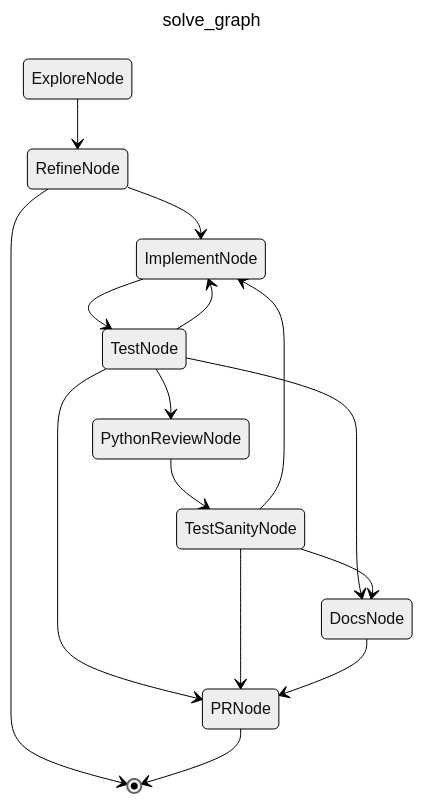
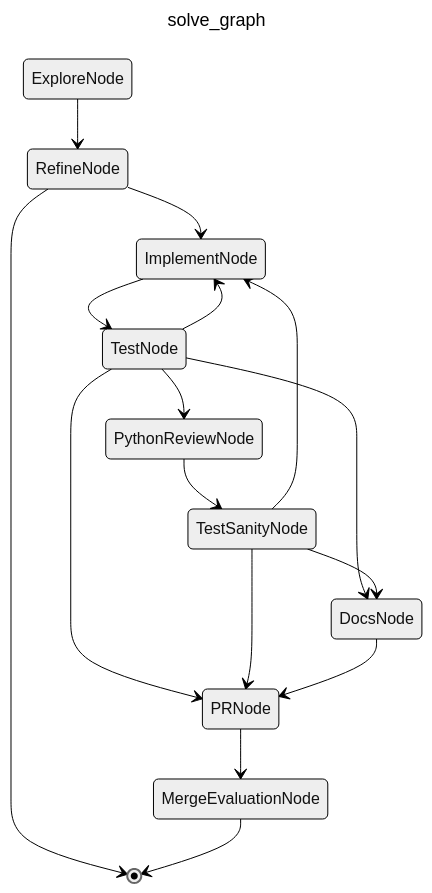
One commit to damien-robotsix/robotsix-cai changed the diagram in docs/workflows/solve.md. Above: the diagram before and after it, drawn with Mermaid (neutral theme). The commit also changed 7 other files, not shown here.

````diff
--- a/docs/workflows/solve.md
+++ b/docs/workflows/solve.md
@@ -15,20 +15,21 @@
 ```mermaid
 ---
 title: solve_graph
 ---
 stateDiagram-v2
   ExploreNode --> RefineNode
   RefineNode --> ImplementNode
   RefineNode --> [*]
   ImplementNode --> TestNode
   TestNode --> PythonReviewNode
   TestNode --> DocsNode
   TestNode --> PRNode
   TestNode --> ImplementNode
   PythonReviewNode --> TestSanityNode
   TestSanityNode --> DocsNode
   TestSanityNode --> PRNode
   TestSanityNode --> ImplementNode
   DocsNode --> PRNode
-  PRNode --> [*]
+  PRNode --> MergeEvaluationNode
+  MergeEvaluationNode --> [*]
 ```
````
